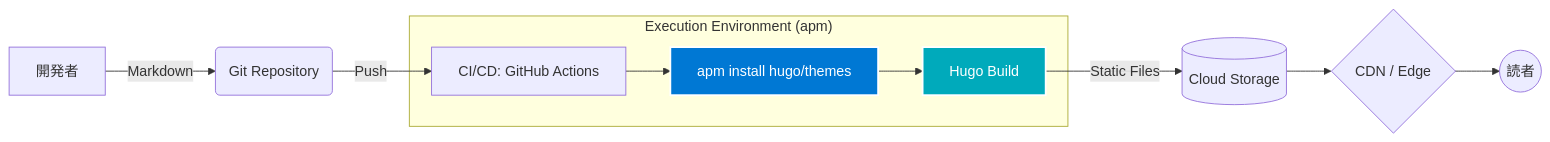
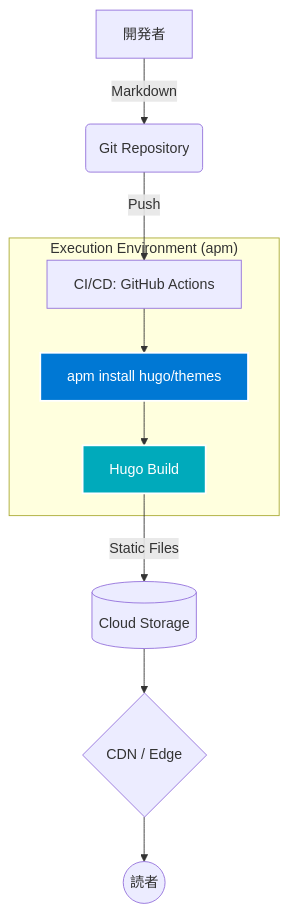
The diagram in src/content/ssg-guide/hugo-apm.mdx (fk2000/ssg-project), drawn with Mermaid before and after one commit.

Commit message:
Change Mermaid diagram orientation to vertical (TD)

````diff
--- a/src/content/ssg-guide/hugo-apm.mdx
+++ b/src/content/ssg-guide/hugo-apm.mdx
@@ -19,17 +19,17 @@
 ```mermaid
-graph LR
+graph TD
     Dev[開発者] -->|Markdown| Git(Git Repository)
     Git -->|Push| CI[CI/CD: GitHub Actions]
     
     subgraph "Execution Environment (apm)"
         CI --> apm_install[apm install hugo/themes]
         apm_install --> Hugo_Build[Hugo Build]
     end
     
     Hugo_Build -->|Static Files| Storage[(Cloud Storage)]
     Storage --> CDN{CDN / Edge}
     CDN --> User((読者))
     
     style apm_install fill:#0078d4,stroke:#fff,stroke-width:2px,color:#fff
     style Hugo_Build fill:#00aabb,stroke:#fff,stroke-width:2px,color:#fff
 ```
````
